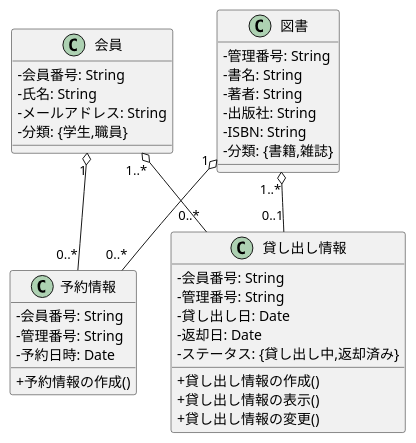
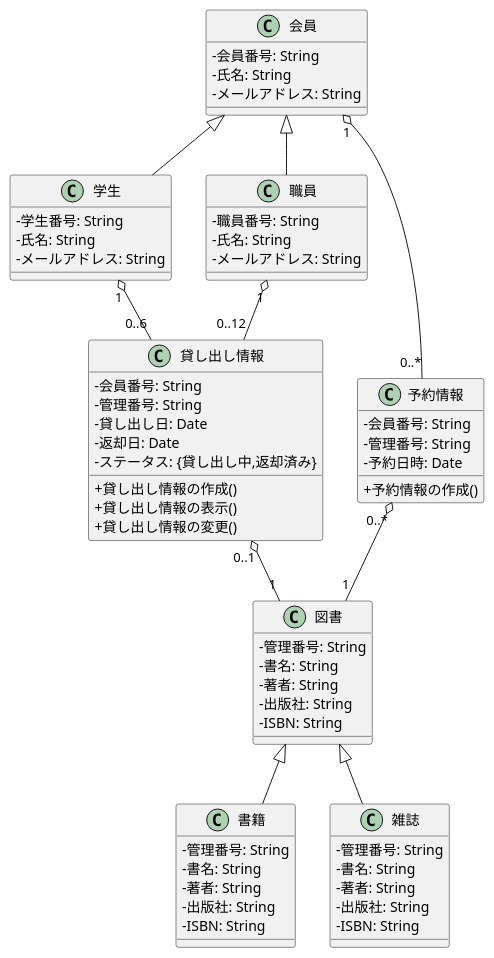
One commit to FujikawaHirono0520/group3_1_dogdog changed the diagram in kouka2/class.pu. Above: the diagram before and after it, drawn with PlantUML.

Commit message:
【追記】分類の継承関係

```diff
--- a/kouka2/class.pu
+++ b/kouka2/class.pu
@@ -1,48 +1,84 @@
 @startuml .
 skinparam classAttributeIconSize 0
 
 class 会員{
   - 会員番号: String
   - 氏名: String
   - メールアドレス: String
-  - 分類: {学生,職員}
+}
+
+class 学生{
+  - 学生番号: String
+  - 氏名: String
+  - メールアドレス: String
+}
+
+class 職員{
+  - 職員番号: String
+  - 氏名: String
+  - メールアドレス: String
 }
 
 class 予約情報{
   - 会員番号: String
   - 管理番号: String
   - 予約日時: Date
 
   + 予約情報の作成()
 }
 
 class 貸し出し情報{
   - 会員番号: String
   - 管理番号: String
   - 貸し出し日: Date
   - 返却日: Date
   - ステータス: {貸し出し中,返却済み}
 
   + 貸し出し情報の作成()
   + 貸し出し情報の表示()
   + 貸し出し情報の変更()
 }
 
 class 図書{
   - 管理番号: String
   - 書名: String
   - 著者: String
   - 出版社: String
   - ISBN: String
-  - 分類: {書籍,雑誌}
 }
 
-会員 "1..*" o-- "0..*" 貸し出し情報
+class 書籍{
+  - 管理番号: String
+  - 書名: String
+  - 著者: String
+  - 出版社: String
+  - ISBN: String
+}
+
+class 雑誌{
+  - 管理番号: String
+  - 書名: String
+  - 著者: String
+  - 出版社: String
+  - ISBN: String
+}
+
+会員 <|-- 学生
+
+会員 <|-- 職員
+
+図書 <|-- 書籍
+
+図書 <|-- 雑誌
+
+学生 "1" o-- "0..6" 貸し出し情報
+
+職員 "1" o-- "0..12" 貸し出し情報
 
 会員 "1" o-- "0..*" 予約情報
 
-図書 "1..*" o-- "0..1" 貸し出し情報
+貸し出し情報 "0..1" o-- "1" 図書
 
-図書 "1" o-- "0..*" 予約情報
+予約情報 "0..*" o-- "1" 図書
 
 @enduml
```
